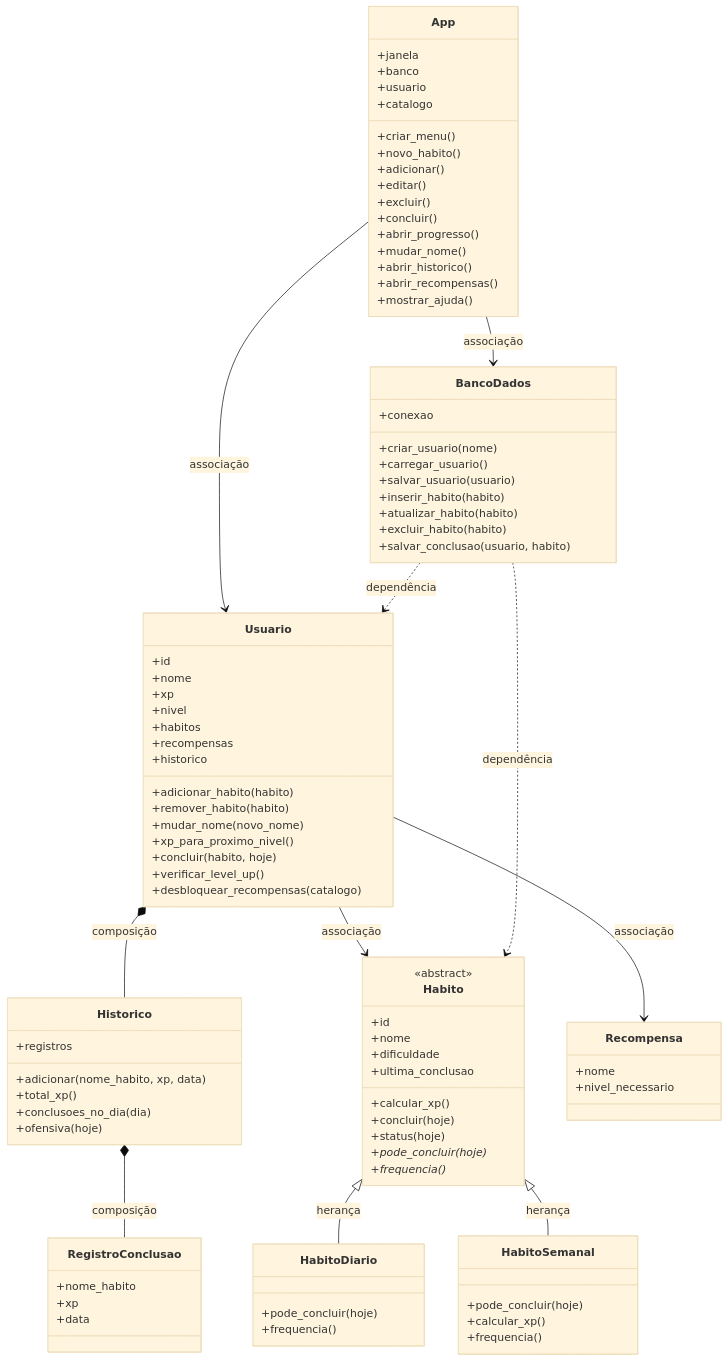
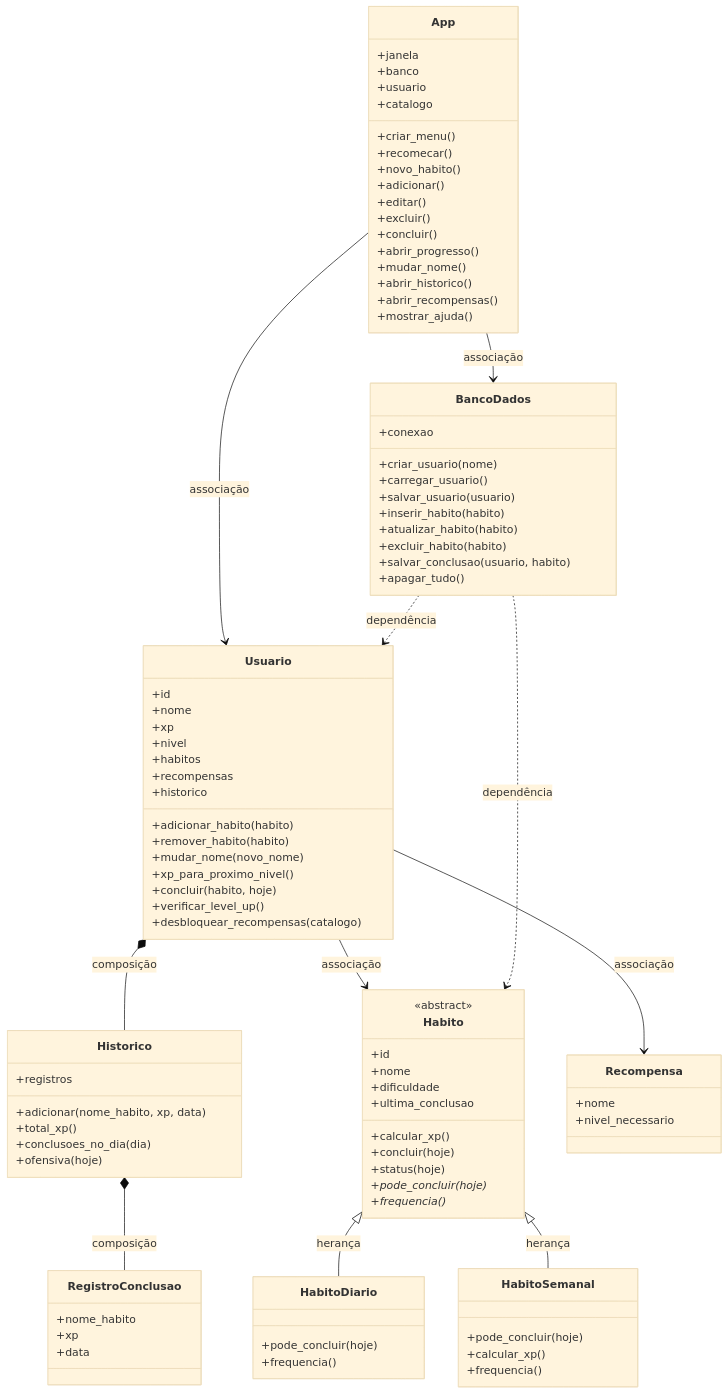
Before and after one commit to hpereira28/Atividade-Desktop: the diagram in README.md, drawn with Mermaid (base theme). The commit also changed other lines of this file and 3 other files, not shown here.

```diff
--- a/README.md
+++ b/README.md
@@ -152,6 +172,7 @@
         +atualizar_habito(habito)
         +excluir_habito(habito)
         +salvar_conclusao(usuario, habito)
+        +apagar_tudo()
     }
     class App {
         +janela
@@ -159,6 +180,7 @@
         +usuario
         +catalogo
         +criar_menu()
+        +recomecar()
         +novo_habito()
         +adicionar()
         +editar()
```
